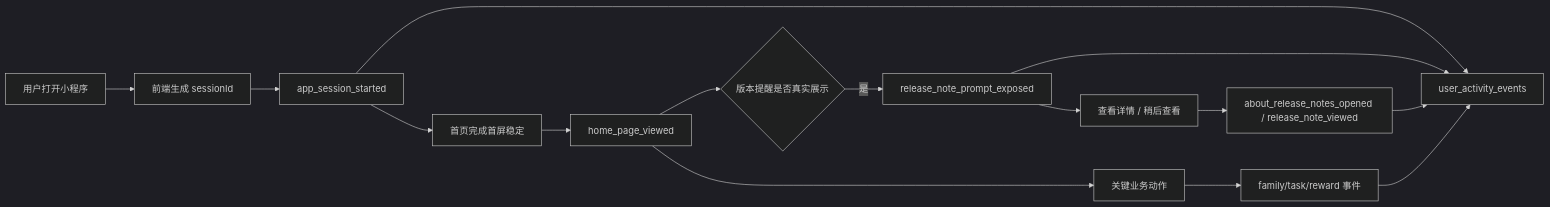
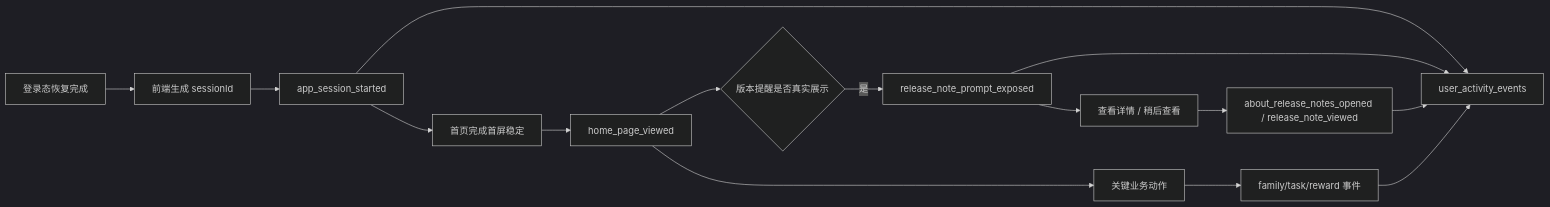
Before and after one commit to wangdafei091/study_task_wechat: the diagram in docs/design/milestone-22r-user-journey-and-key-action-observability.md, drawn with Mermaid (dark theme). The commit also changed other lines of this file, not shown here.

````diff
--- a/docs/design/milestone-22r-user-journey-and-key-action-observability.md
+++ b/docs/design/milestone-22r-user-journey-and-key-action-observability.md
@@ -234,17 +235,17 @@
 ```mermaid
 graph LR
-    A[用户打开小程序] --> B[前端生成 sessionId]
+    A[登录态恢复完成] --> B[前端生成 sessionId]
     B --> C[app_session_started]
     C --> D[首页完成首屏稳定]
     D --> E[home_page_viewed]
     E --> F{版本提醒是否真实展示}
     F -- 是 --> G[release_note_prompt_exposed]
     G --> H[查看详情 / 稍后查看]
     H --> I[about_release_notes_opened / release_note_viewed]
     E --> J[关键业务动作]
     J --> K[family/task/reward 事件]
     C --> L[user_activity_events]
     G --> L
     I --> L
     K --> L
 ```
````
